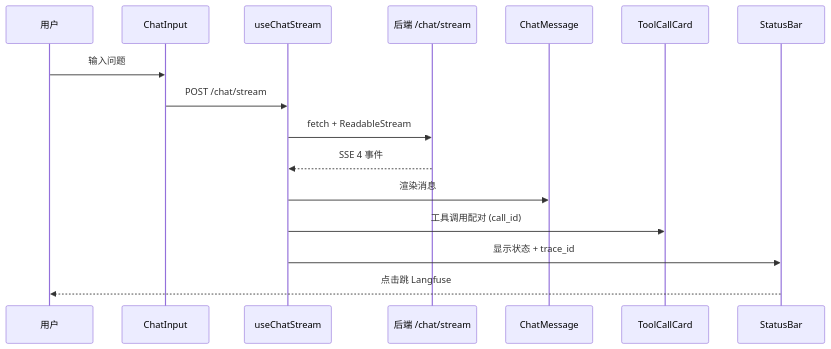
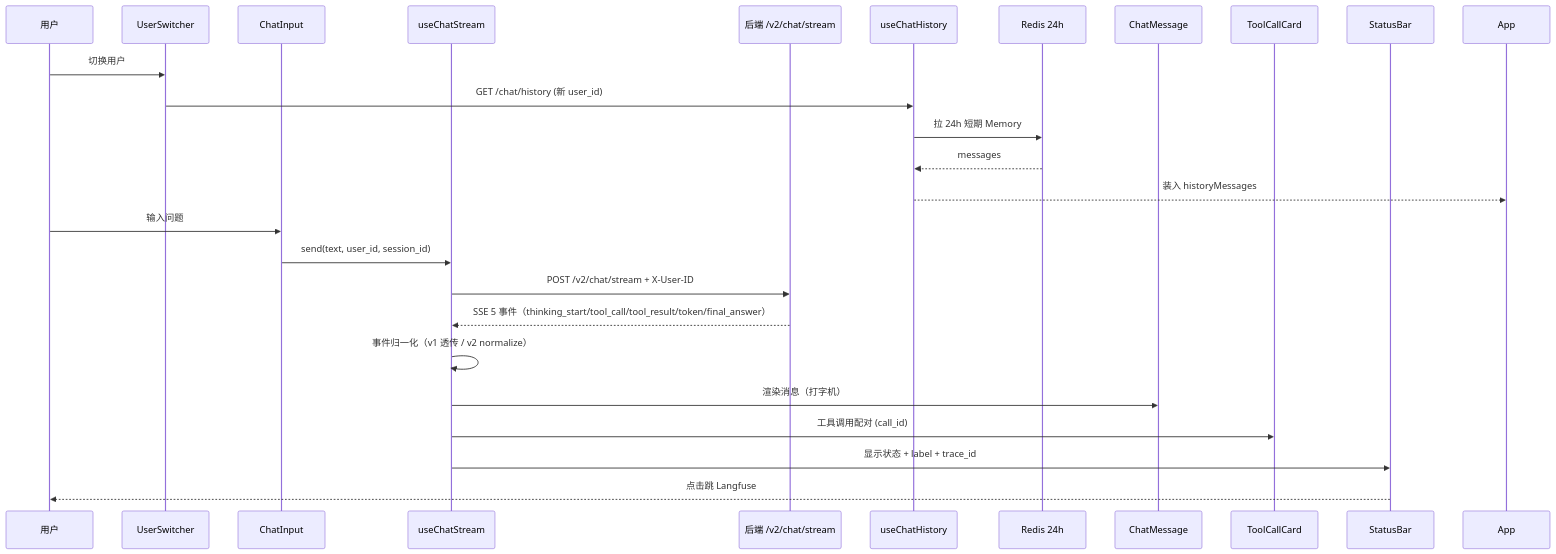
The first of 2 diagrams in README.md (sec-8/secops-copilot-web), drawn with Mermaid before and after one commit. The commit also changed other lines of this file and 11 other files, not shown here.

````diff
--- a/README.md
+++ b/README.md
@@ -34,19 +50,28 @@
 ```mermaid
 sequenceDiagram
     participant U as 用户
+    participant US as UserSwitcher
     participant CI as ChatInput
     participant H as useChatStream
-    participant B as 后端 /chat/stream
+    participant B as 后端 /v2/chat/stream
+    participant H2 as useChatHistory
+    participant Redis as Redis 24h
     participant CM as ChatMessage
     participant T as ToolCallCard
     participant SB as StatusBar
 
+    U->>US: 切换用户
+    US->>H2: GET /chat/history (新 user_id)
+    H2->>Redis: 拉 24h 短期 Memory
+    Redis-->>H2: messages
+    H2-->>App: 装入 historyMessages
     U->>CI: 输入问题
-    CI->>H: POST /chat/stream
-    H->>B: fetch + ReadableStream
-    B-->>H: SSE 4 事件
-    H->>CM: 渲染消息
+    CI->>H: send(text, user_id, session_id)
+    H->>B: POST /v2/chat/stream + X-User-ID
+    B-->>H: SSE 5 事件（thinking_start/tool_call/tool_result/token/final_answer）
+    H->>H: 事件归一化（v1 透传 / v2 normalize）
+    H->>CM: 渲染消息（打字机）
     H->>T: 工具调用配对 (call_id)
-    H->>SB: 显示状态 + trace_id
+    H->>SB: 显示状态 + label + trace_id
     SB-->>U: 点击跳 Langfuse
 ```
````
